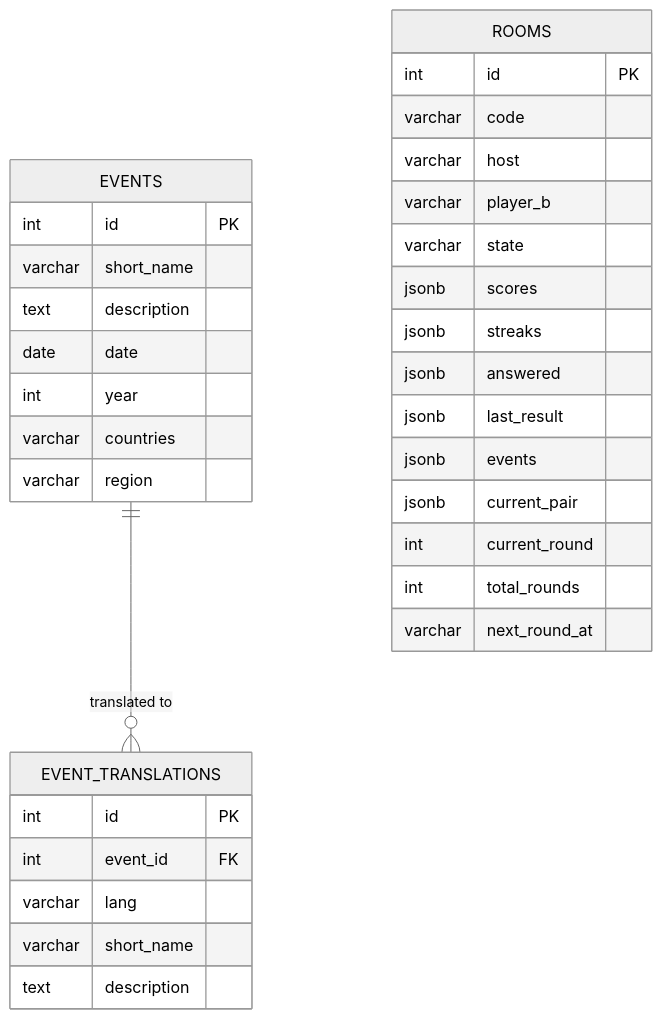
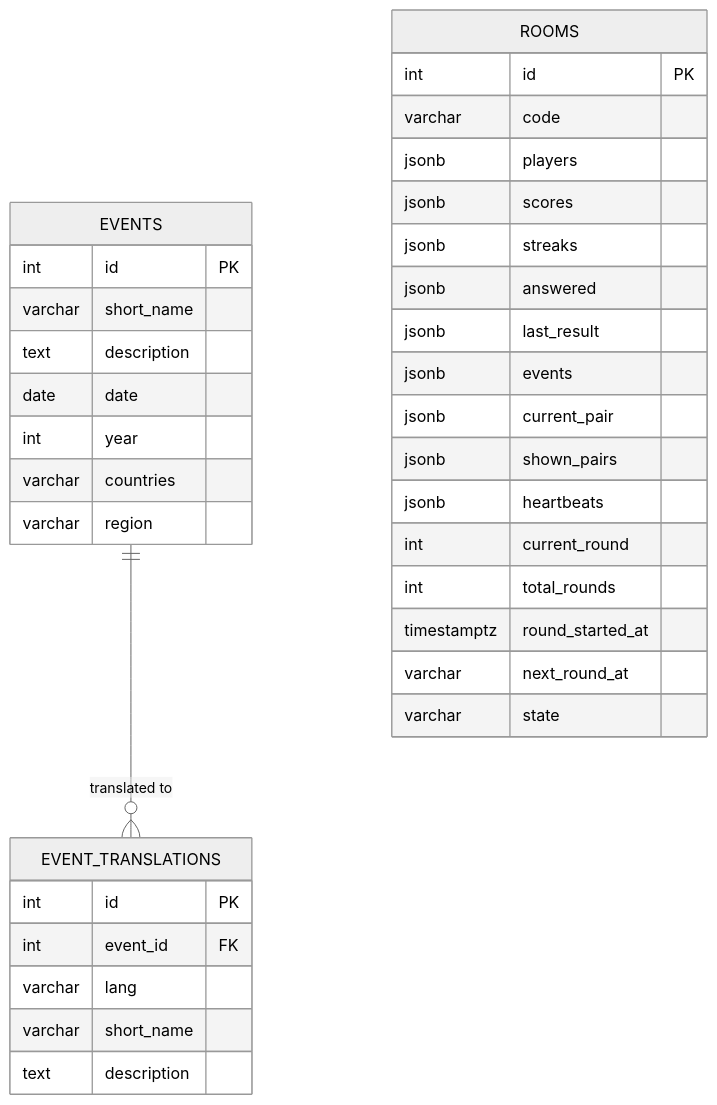
The third of 7 diagrams in docs/architecture.md (prokopHouda/history_game), drawn with Mermaid (neutral theme) before and after one commit. The commit also changed other lines of this file and 7 other files, not shown here.

````diff
--- a/docs/architecture.md
+++ b/docs/architecture.md
@@ -112,39 +128,41 @@
 ```mermaid
 erDiagram
     EVENTS {
         int id PK
         varchar short_name
         text description
         date date
         int year
         varchar countries
         varchar region
     }
 
     EVENT_TRANSLATIONS {
         int id PK
         int event_id FK
         varchar lang
         varchar short_name
         text description
     }
 
     ROOMS {
         int id PK
         varchar code
-        varchar host
-        varchar player_b
-        varchar state
+        jsonb players
         jsonb scores
         jsonb streaks
         jsonb answered
         jsonb last_result
         jsonb events
         jsonb current_pair
+        jsonb shown_pairs
+        jsonb heartbeats
         int current_round
         int total_rounds
+        timestamptz round_started_at
         varchar next_round_at
+        varchar state
     }
 
     EVENTS ||--o{ EVENT_TRANSLATIONS : "translated to"
 ```
````
